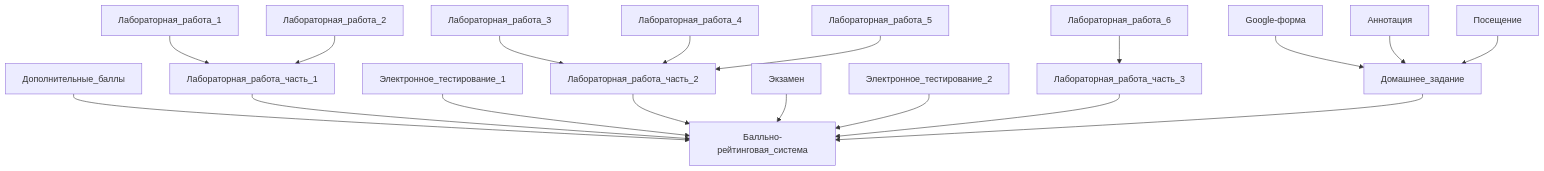
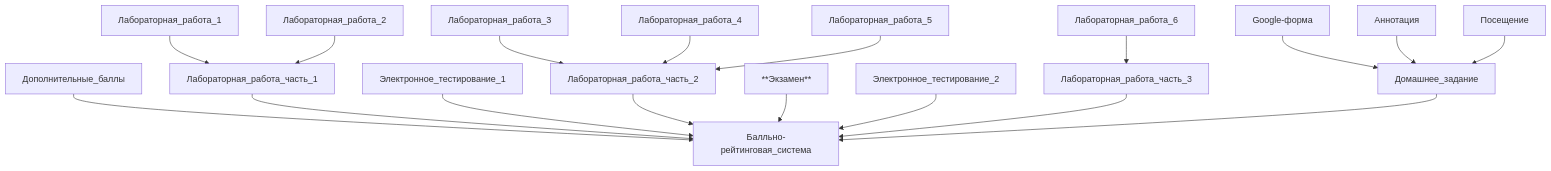
The diagram in 1 Семестр/Информатика/README.md (Steralka/ITMO), drawn with Mermaid before and after one commit.

````diff
--- a/1 Семестр/Информатика/README.md
+++ b/1 Семестр/Информатика/README.md
@@ -38,24 +38,24 @@
 ```mermaid
 graph TD;
 Лабораторная_работа_1-->Лабораторная_работа_часть_1;
 Лабораторная_работа_2-->Лабораторная_работа_часть_1;
 
 Лабораторная_работа_3-->Лабораторная_работа_часть_2;
 Лабораторная_работа_4-->Лабораторная_работа_часть_2;
 Лабораторная_работа_5-->Лабораторная_работа_часть_2;
 
 Лабораторная_работа_6-->Лабораторная_работа_часть_3;
 
 Google-форма-->Домашнее_задание;
 Аннотация-->Домашнее_задание;
 Посещение-->Домашнее_задание;
 
 Дополнительные_баллы-->Балльно-рейтинговая_система;
 Лабораторная_работа_часть_1-->Балльно-рейтинговая_система;
 Электронное_тестирование_1-->Балльно-рейтинговая_система;
 Лабораторная_работа_часть_2-->Балльно-рейтинговая_система;
-Экзамен-->Балльно-рейтинговая_система;
+**Экзамен**-->Балльно-рейтинговая_система;
 Электронное_тестирование_2-->Балльно-рейтинговая_система;
 Лабораторная_работа_часть_3-->Балльно-рейтинговая_система;
 Домашнее_задание-->Балльно-рейтинговая_система;
 ```
````
